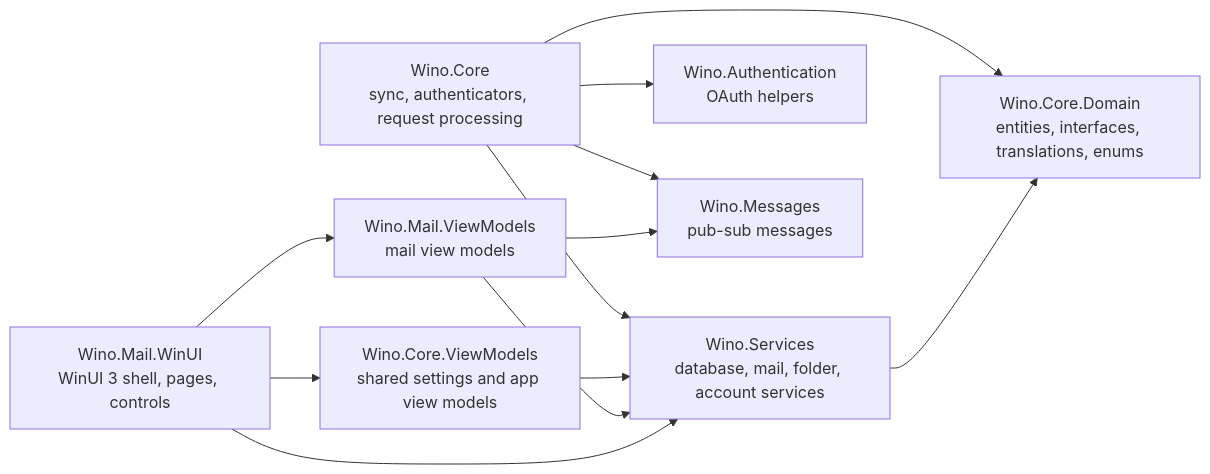
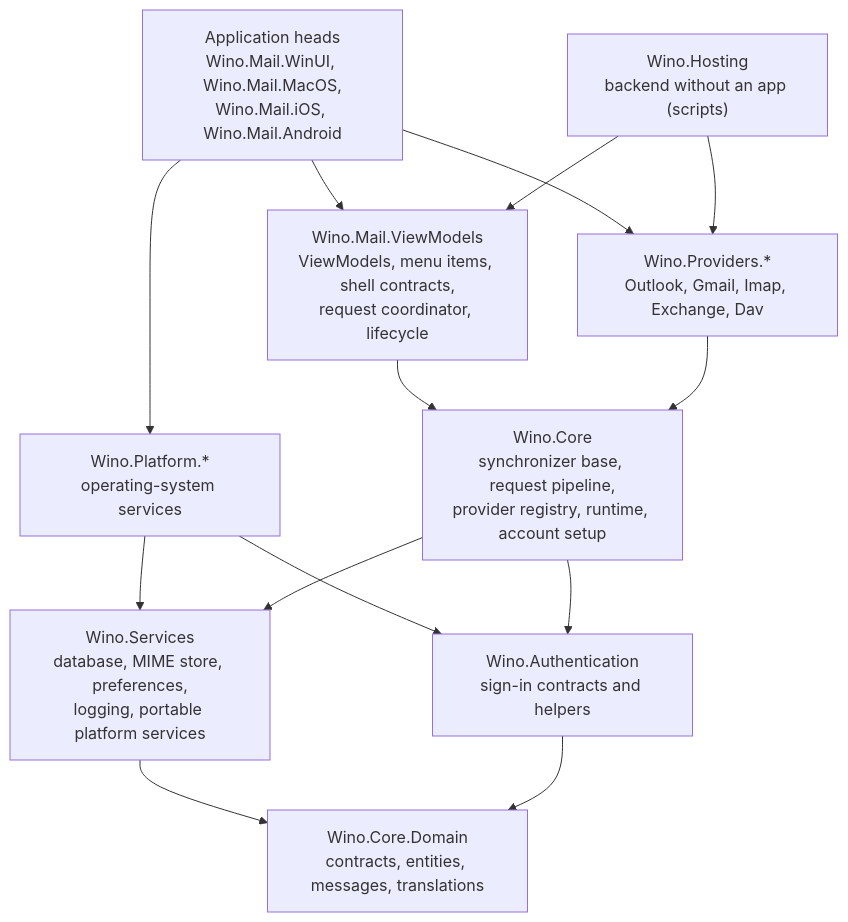
One commit to bkaankose/Wino-Mail changed the first of 2 diagrams in CONTRIBUTING.md. Above: the diagram before and after it, drawn with Mermaid. The commit also changed other lines of this file and 9 other files, not shown here.

Commit message:
Docs: Describe the current shared backend architecture

````diff
--- a/CONTRIBUTING.md
+++ b/CONTRIBUTING.md
@@ -68,23 +66,26 @@
 ```mermaid
-flowchart LR
-    UI["Wino.Mail.WinUI<br/>WinUI 3 shell, pages, controls"]
-    MailVM["Wino.Mail.ViewModels<br/>mail view models"]
-    CoreVM["Wino.Core.ViewModels<br/>shared settings and app view models"]
-    Services["Wino.Services<br/>database, mail, folder, account services"]
-    Core["Wino.Core<br/>sync, authenticators, request processing"]
-    Domain["Wino.Core.Domain<br/>entities, interfaces, translations, enums"]
-    Auth["Wino.Authentication<br/>OAuth helpers"]
-    Messages["Wino.Messages<br/>pub-sub messages"]
+flowchart TD
+    Heads["Application heads<br/>Wino.Mail.WinUI, Wino.Mail.MacOS,<br/>Wino.Mail.iOS, Wino.Mail.Android"]
+    Platform["Wino.Platform.*<br/>operating-system services"]
+    Hosting["Wino.Hosting<br/>backend without an app (scripts)"]
+    VM["Wino.Mail.ViewModels<br/>ViewModels, menu items, shell contracts,<br/>request coordinator, lifecycle"]
+    Providers["Wino.Providers.*<br/>Outlook, Gmail, Imap, Exchange, Dav"]
+    Core["Wino.Core<br/>synchronizer base, request pipeline,<br/>provider registry, runtime, account setup"]
+    Auth["Wino.Authentication<br/>sign-in contracts and helpers"]
+    Services["Wino.Services<br/>database, MIME store, preferences,<br/>logging, portable platform services"]
+    Domain["Wino.Core.Domain<br/>contracts, entities, messages, translations"]
 
-    UI --> MailVM
-    UI --> CoreVM
-    UI --> Services
-    MailVM --> Services
-    CoreVM --> Services
-    Services --> Domain
+    Heads --> Platform
+    Heads --> VM
+    Heads --> Providers
+    Hosting --> VM
+    Hosting --> Providers
+    Platform --> Services
+    Platform --> Auth
+    VM --> Core
+    Providers --> Core
     Core --> Services
     Core --> Auth
-    Core --> Domain
-    MailVM --> Messages
-    Core --> Messages
+    Services --> Domain
+    Auth --> Domain
 ```
````
